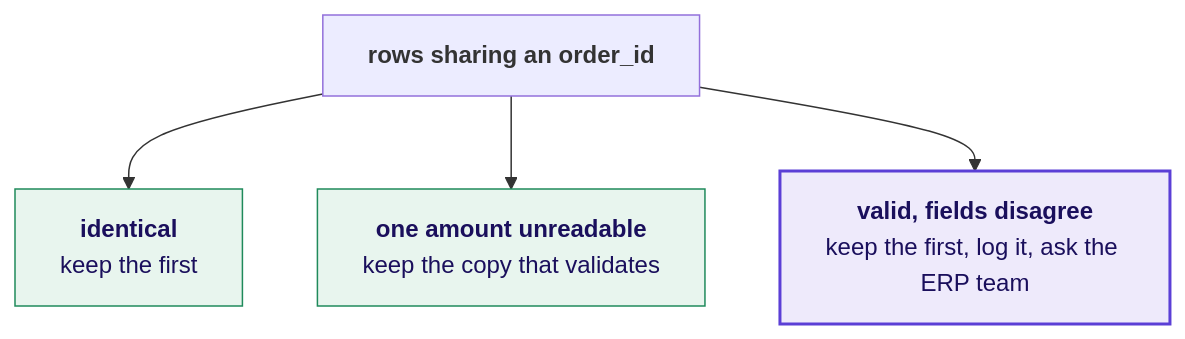
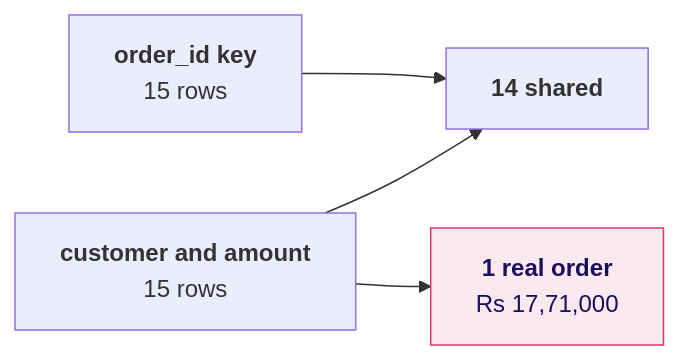
The ninth of 19 diagrams in content/W01/D3/slides/C2_W01_D03_half1_STUDENT.md (fde-academy-lab/c2-content-factory), drawn with Mermaid before and after one commit. The commit also changed other lines of this file and 10 other files, not shown here.

````diff
--- a/content/W01/D3/slides/C2_W01_D03_half1_STUDENT.md
+++ b/content/W01/D3/slides/C2_W01_D03_half1_STUDENT.md
@@ -527,10 +500,8 @@
 ```mermaid
-flowchart TB
-    K["<b>rows sharing an order_id</b>"] --> I["<b>identical</b><br/>keep the first"]
-    K --> U["<b>one amount unreadable</b><br/>keep the copy that validates"]
-    K --> D["<b>valid, fields disagree</b><br/>keep the first, log it, ask the ERP team"]
-    classDef good fill:#E8F5EE,stroke:#1F8A5B,color:#1A0F5C
-    classDef known fill:#EEEAFB,stroke:#5B3FD6,color:#1A0F5C,stroke-width:2px
-    class I,U good
-    class D known
+flowchart LR
+    O["<b>order_id key</b><br/>15 rows"] --> S["<b>14 shared</b>"]
+    F["<b>customer and amount</b><br/>15 rows"] --> S
+    F --> X["<b>1 real order</b><br/>Rs 17,71,000"]
+    classDef bad fill:#FBE9EF,stroke:#D63A6A,color:#1A0F5C
+    class X bad
 ```
````
